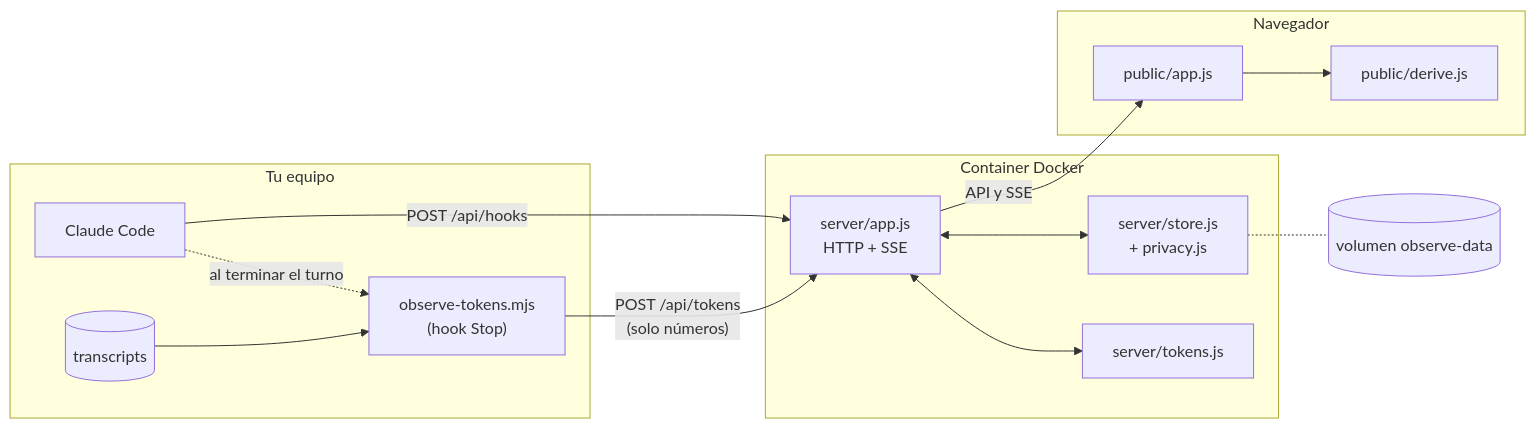
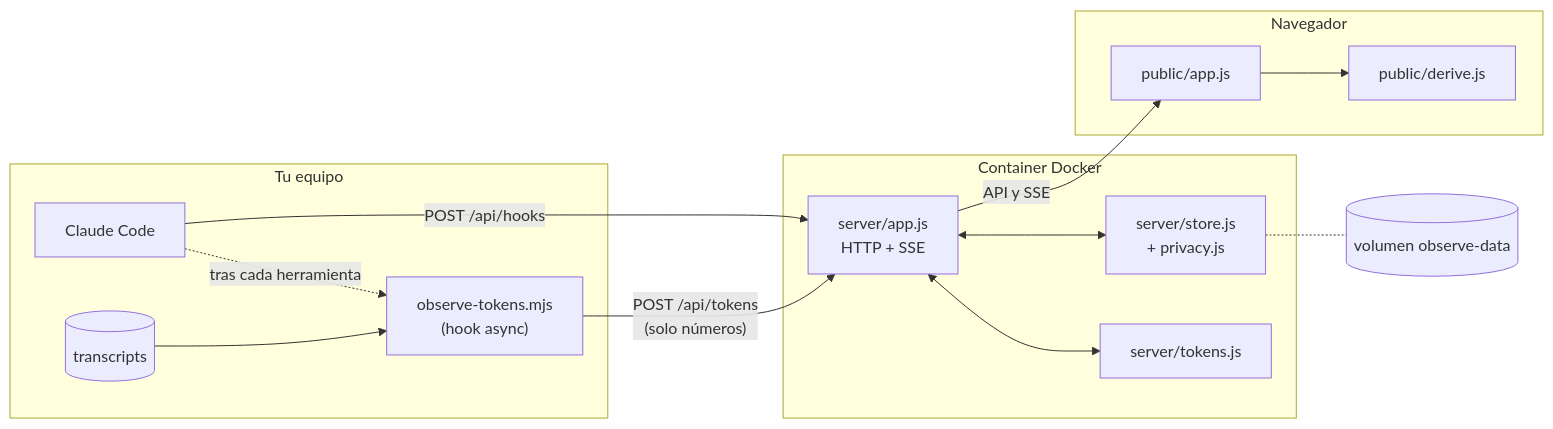
One commit to AlexDBdevops/ominous-agent-observe changed the diagram in README.md. Above: the diagram before and after it, drawn with Mermaid. The commit also changed other lines of this file and 9 other files, not shown here.

First line of the commit message:
Tokens casi en vivo: hook async tras cada herramienta con lectura incremental

````diff
--- a/README.md
+++ b/README.md
@@ -90,21 +90,21 @@
 ```mermaid
 flowchart LR
   subgraph equipo ["Tu equipo"]
     CC["Claude Code"]
-    HK["observe-tokens.mjs<br/>(hook Stop)"]
+    HK["observe-tokens.mjs<br/>(hook async)"]
     TR[("transcripts")]
   end
   CC -- "POST /api/hooks" --> APP
-  CC -. "al terminar el turno" .-> HK
+  CC -. "tras cada herramienta" .-> HK
   TR --> HK
   HK -- "POST /api/tokens<br/>(solo números)" --> APP
   subgraph container ["Container Docker"]
     APP["server/app.js<br/>HTTP + SSE"] <--> STORE["server/store.js<br/>+ privacy.js"]
     APP <--> TOK["server/tokens.js"]
   end
   STORE -.- VOL[("volumen observe-data")]
   APP -- "API y SSE" --> UI
   subgraph navegador ["Navegador"]
     UI["public/app.js"] --> DER["public/derive.js"]
   end
 ```
````
